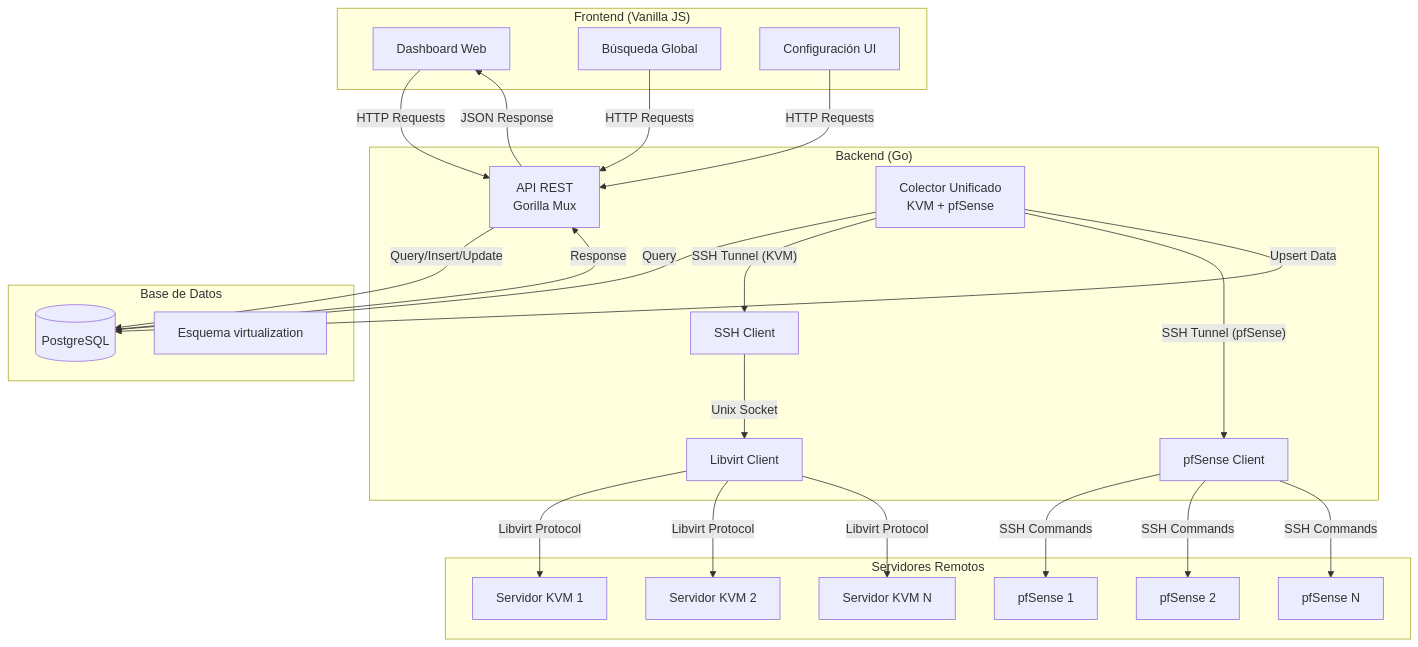
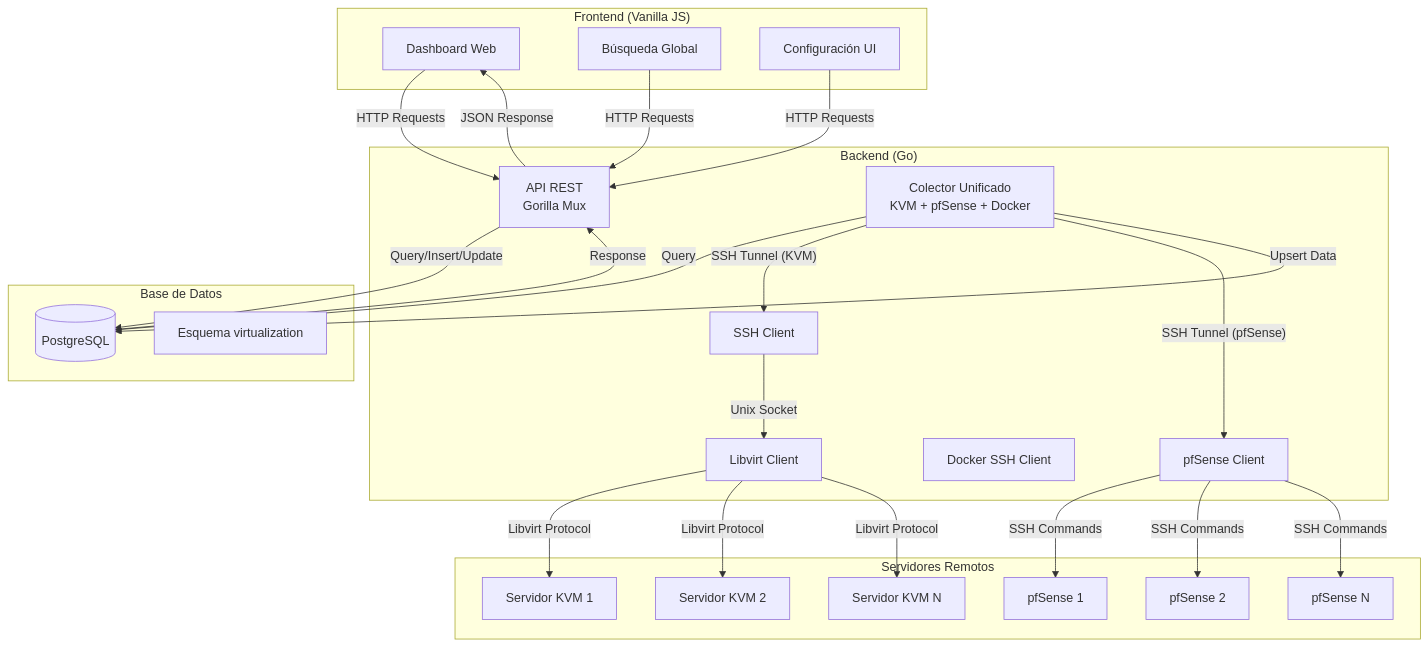
One commit to grs89/centralizegg changed the diagram in README.md. Above: the diagram before and after it, drawn with Mermaid. The commit also changed other lines of this file and 2 other files, not shown here.

````diff
--- a/README.md
+++ b/README.md
@@ -78,52 +83,53 @@
 ```mermaid
 graph TD
     subgraph Frontend["Frontend (Vanilla JS)"]
         UI[Dashboard Web]
         Search[Búsqueda Global]
         Config[Configuración UI]
     end
     
     subgraph Backend["Backend (Go)"]
         API[API REST<br/>Gorilla Mux]
-        Collector[Colector Unificado<br/>KVM + pfSense]
+        Collector[Colector Unificado<br/>KVM + pfSense + Docker]
         Libvirt[Libvirt Client]
         SSH[SSH Client]
+        Docker[Docker SSH Client]
         pfSense[pfSense Client]
     end
     
     subgraph Database["Base de Datos"]
         PG[(PostgreSQL)]
         Schema[Esquema virtualization]
     end
     
     subgraph Remote["Servidores Remotos"]
         KVM1[Servidor KVM 1]
         KVM2[Servidor KVM 2]
         KVMN[Servidor KVM N]
         pfSense1[pfSense 1]
         pfSense2[pfSense 2]
         pfSenseN[pfSense N]
     end
     
     UI -->|HTTP Requests| API
     Search -->|HTTP Requests| API
     Config -->|HTTP Requests| API
     API -->|Query/Insert/Update| PG
     
     Collector -->|Query| PG
     
     Collector -->|"SSH Tunnel (KVM)"| SSH
     SSH -->|Unix Socket| Libvirt
     Libvirt -->|Libvirt Protocol| KVM1
     Libvirt -->|Libvirt Protocol| KVM2
     Libvirt -->|Libvirt Protocol| KVMN
     
     Collector -->|"SSH Tunnel (pfSense)"| pfSense
     pfSense -->|SSH Commands| pfSense1
     pfSense -->|SSH Commands| pfSense2
     pfSense -->|SSH Commands| pfSenseN
     
     Collector -->|Upsert Data| PG
     PG -->|Response| API
     API -->|JSON Response| UI
 ```
````
